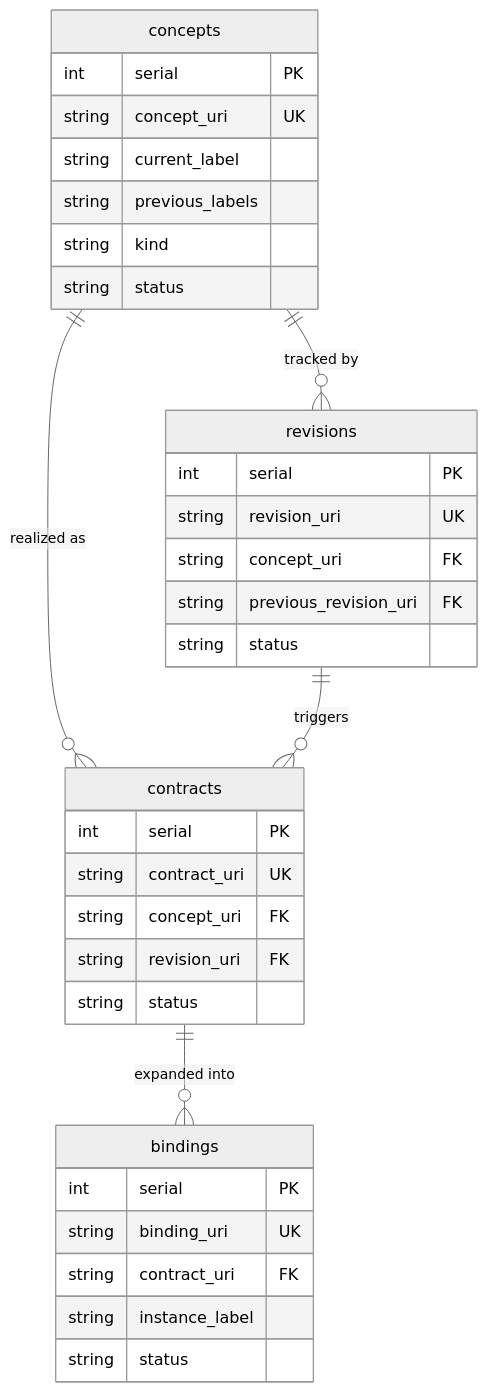
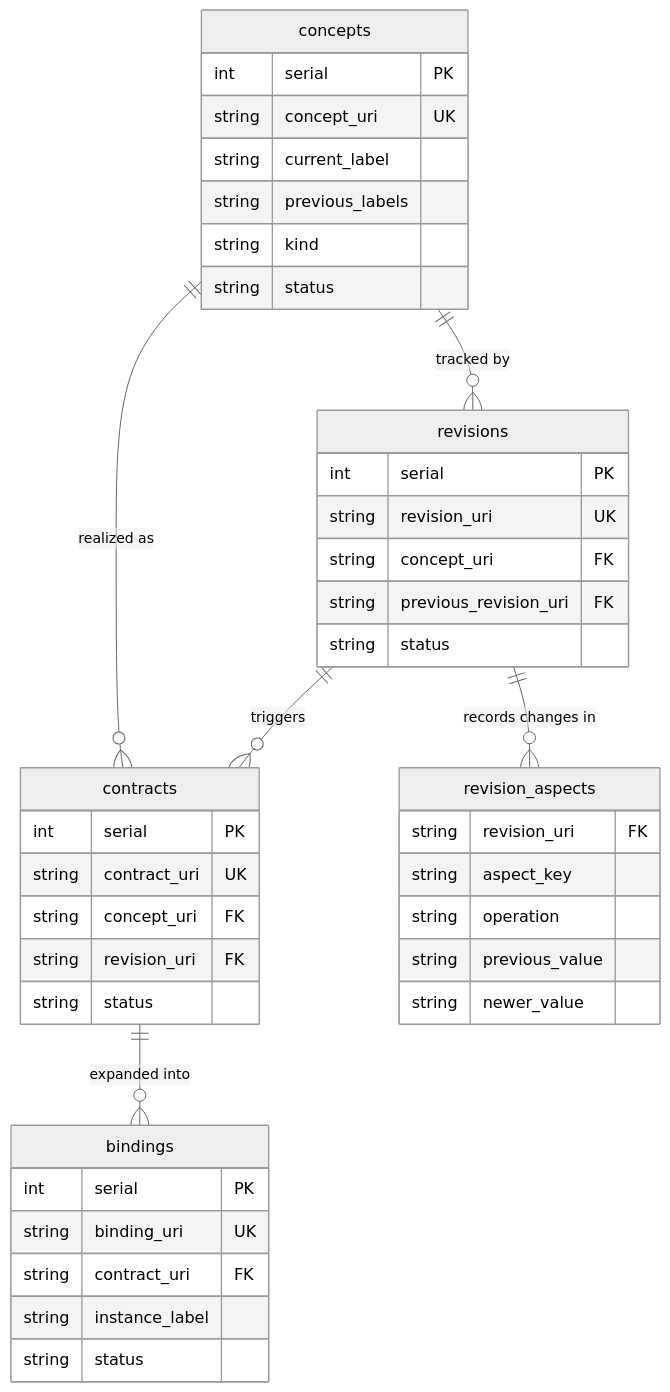
One commit to COVESA/modl changed the fifth of 5 diagrams in README.md. Above: the diagram before and after it, drawn with Mermaid (neutral theme). The commit also changed other lines of this file and 15 other files, not shown here.

First line of the commit message:
feat(sync): enhance sync engine to handle revision aspects

````diff
--- a/README.md
+++ b/README.md
@@ -269,37 +281,45 @@
 ```mermaid
 erDiagram
     concepts ||--o{ revisions : "tracked by"
     concepts ||--o{ contracts : "realized as"
     revisions ||--o{ contracts : "triggers"
+    revisions ||--o{ revision_aspects : "records changes in"
     contracts ||--o{ bindings : "expanded into"
 
     concepts {
         int serial PK
         string concept_uri UK
         string current_label
         string previous_labels
         string kind
         string status
     }
     revisions {
         int serial PK
         string revision_uri UK
         string concept_uri FK
         string previous_revision_uri FK
         string status
     }
     contracts {
         int serial PK
         string contract_uri UK
         string concept_uri FK
         string revision_uri FK
         string status
     }
     bindings {
         int serial PK
         string binding_uri UK
         string contract_uri FK
         string instance_label
         string status
     }
+    revision_aspects {
+        string revision_uri FK
+        string aspect_key
+        string operation
+        string previous_value
+        string newer_value
+    }
 ```
````
